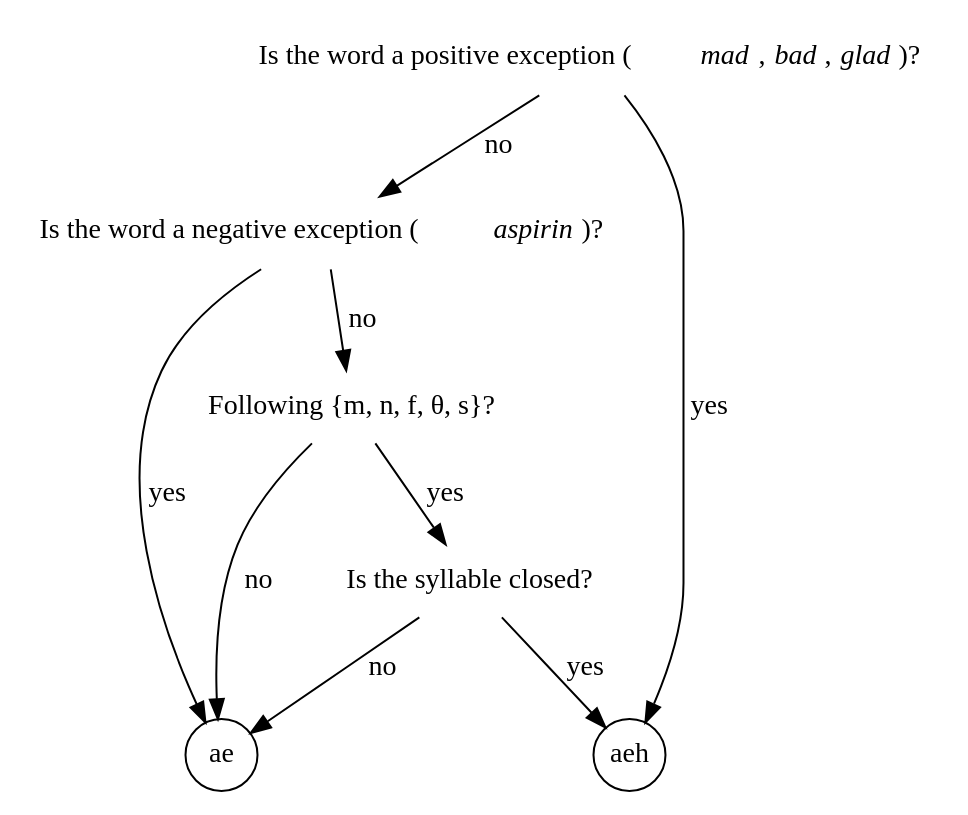
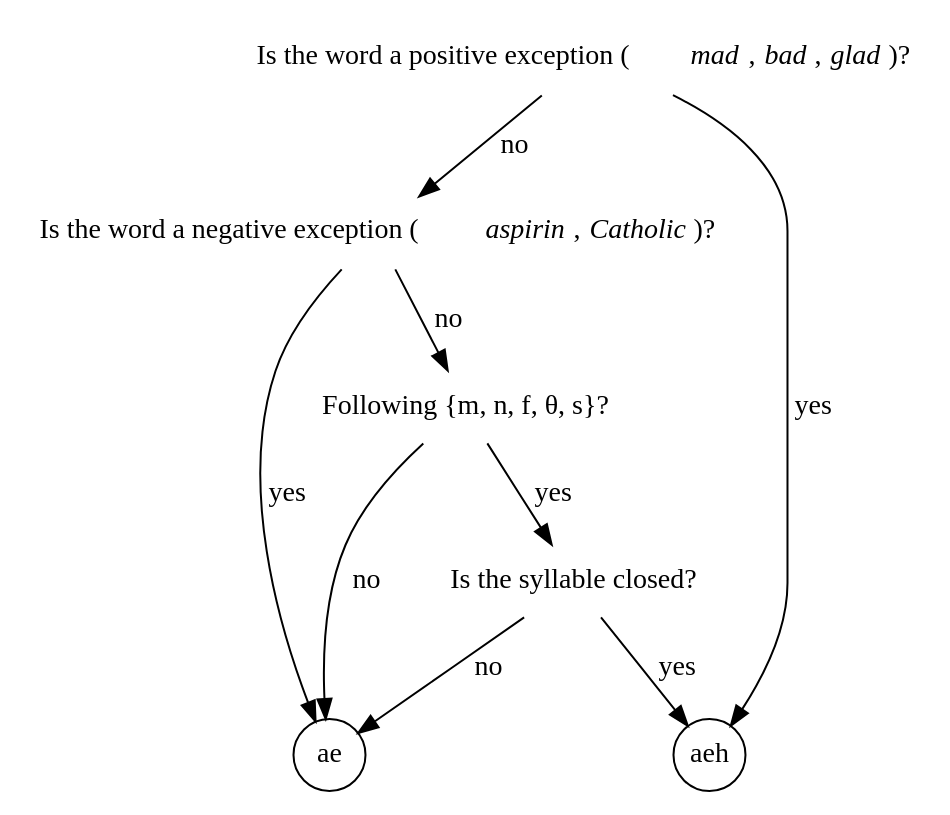
The diagram in coding.gv (hilaryp/Phila-short-a), drawn with Graphviz before and after one commit. The commit also changed 2 other files, not shown here.

Commit message:
moved to PDF output for the graphviz coding flowchart

```diff
--- a/coding.gv
+++ b/coding.gv
@@ -1,29 +1,33 @@
+// to compile me, try:
+//      dot -Tpdf:cairo:cairo -o coding.pdf coding.gv
+
 digraph coding {
     //splines=polyline;
 
-    node [shape=plaintext fontname="TimesNewRomanPSMT"];
-    
+    node [shape=plaintext fontname="Times New Roman"];
+    edge [fontname="TimesNewRomanPSMT"];
+
     // vertices
-    "posexcept?"     [label=<Is the word a positive exception ( <i>mad</i>, <i>bad</i>, <i>glad</i> )?>];
-    "negexcept?"     [label=<Is the word a negative exception ( <i>aspirin</i> )?>];
+    "posexcept?"     [label=<Is the word a positive exception (<i>mad</i>, <i>bad</i>, <i>glad</i>)?>];
+    "negexcept?"     [label=<Is the word a negative exception (<i>aspirin</i>, <i>Catholic</i>)?>];
     "tenser?"        [label="Following {m, n, f, θ, s}?"];
     "closed?"        [label="Is the syllable closed?"];
     
-    node [shape=circle fixedsize=true];
+    node [shape=circle fixedsize=true fontname="TimesNewRomanPSMT"];
     "ae" [label="ae"];
     "aeh" [label="aeh"];
 
     // edges
     "posexcept?"    -> "aeh"               [label=<  yes>];
     "posexcept?"    -> "negexcept?"        [label=<  no>];
 
     "negexcept?"    -> "ae"                [label=<  yes>];
     "negexcept?"    -> "tenser?"           [label=<  no>];
 
     "tenser?"       -> "closed?"           [label=<  yes>];
     "tenser?"       -> "ae"                [label=<  no>];
 
     "closed?"       -> "aeh"               [label=<  yes>];
     "closed?"       -> "ae"                [label=<  no>];
 
 }
```
